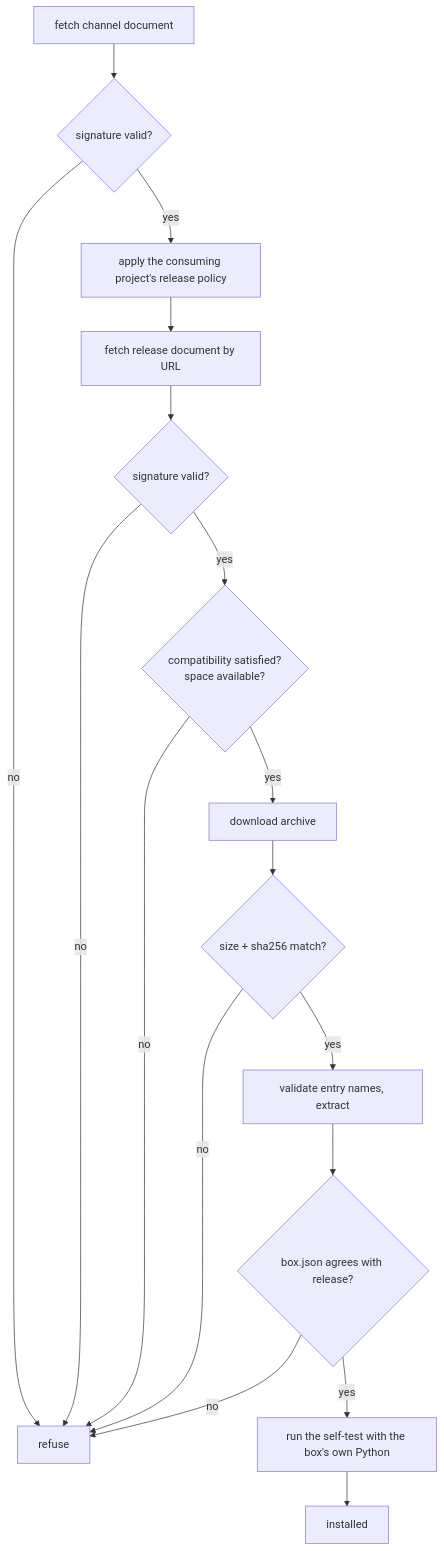
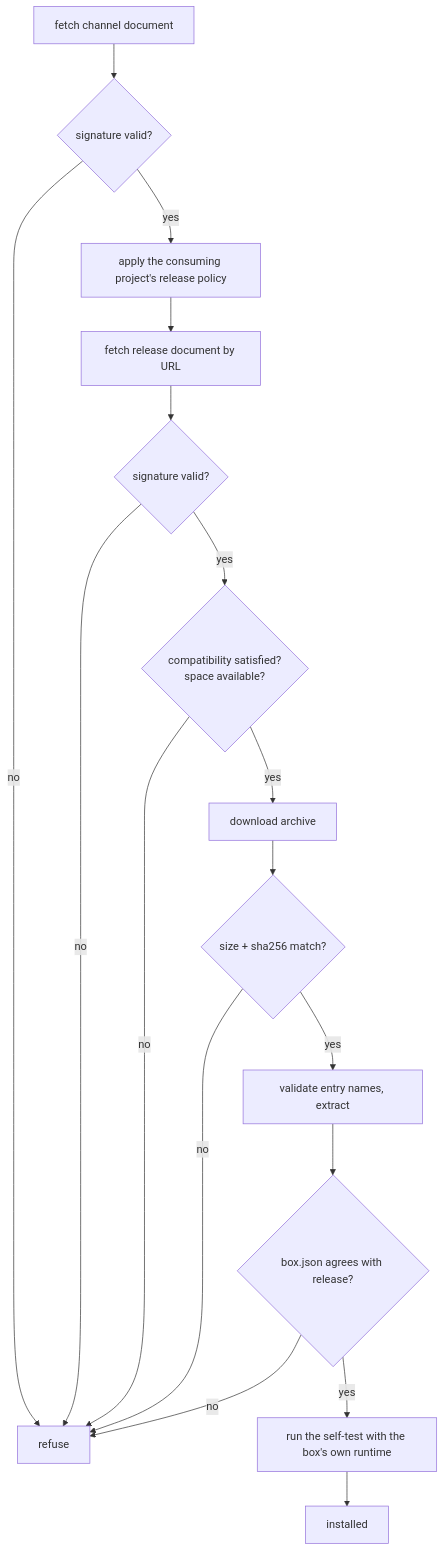
The diagram in docs/guides/distributing-boxes.md (suffro/scrollcase), drawn with Mermaid before and after one commit. The commit also changed 13 other files, not shown here.

First line of the commit message:
Document runtime-aware box formats

````diff
--- a/docs/guides/distributing-boxes.md
+++ b/docs/guides/distributing-boxes.md
@@ -133,19 +133,19 @@
 ```mermaid
 flowchart TD
   C["fetch channel document"] --> CV{"signature valid?"}
   CV -->|no| X["refuse"]
   CV -->|yes| P["apply the consuming project's release policy"]
   P --> R["fetch release document by URL"]
   R --> RV{"signature valid?"}
   RV -->|no| X
   RV -->|yes| CO{"compatibility satisfied?<br/>space available?"}
   CO -->|no| X
   CO -->|yes| D["download archive"]
   D --> H{"size + sha256 match?"}
   H -->|no| X
   H -->|yes| E["validate entry names, extract"]
   E --> M{"box.json agrees with release?"}
   M -->|no| X
-  M -->|yes| T["run the self-test with the box's own Python"]
+  M -->|yes| T["run the self-test with the box's own runtime"]
   T --> OK["installed"]
 ```
````
